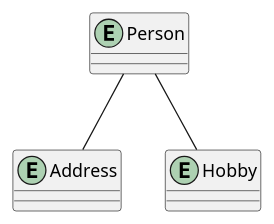
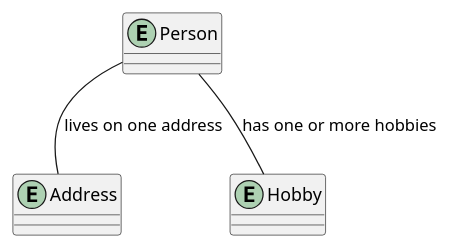
Before and after one commit to mbm1337/SP1.JPA.HOBBY: the diagram in domainmodel.puml, drawn with PlantUML.

```diff
--- a/domainmodel.puml
+++ b/domainmodel.puml
@@ -1,12 +1,13 @@
 @startuml
 
 entity Person
 
 entity Address
 
 entity Hobby
 
-Person -- Address
-Person -- Hobby
+Person -- Address : lives on one address
+Person -- Hobby : has one or more hobbies
+
 
 @enduml
```
